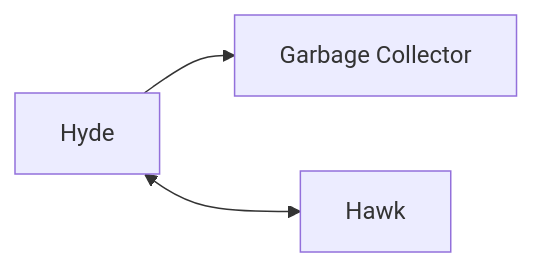
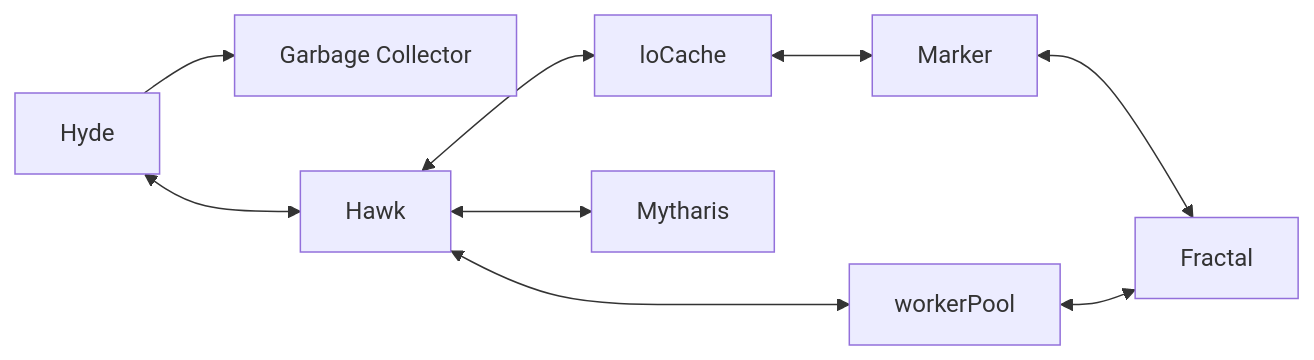
One commit to skirexwastaken/Hyde changed the diagram in README.md. Above: the diagram before and after it, drawn with Mermaid.

````diff
--- a/README.md
+++ b/README.md
@@ -19,11 +19,25 @@
 ```mermaid
 graph LR
 
 A[Hyde]
 B[Garbage Collector]
 C[Hawk]
+D[loCache]
+E[Mytharis]
+F[workerPool]
+G[Fractal]
+H[Marker]
 
 A --> B
 A <--> C
 
+C <--> D
+C <--> E
+C <--> F
+
+D <--> H
+
+H <--> G
+
+F <--> G
 ```
````
